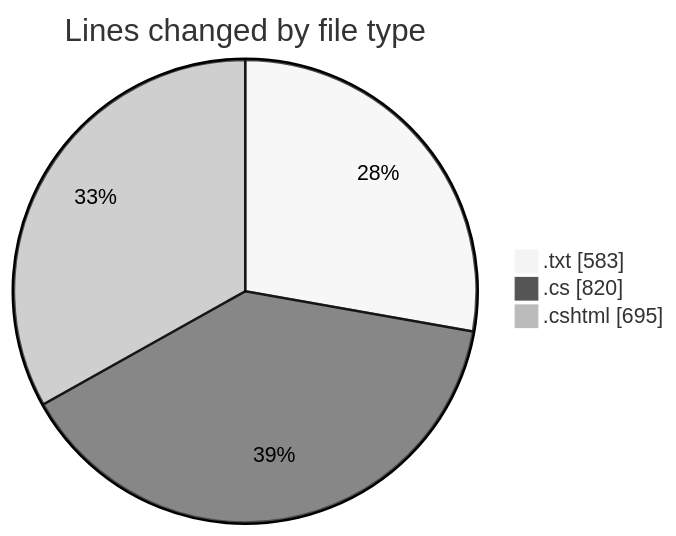
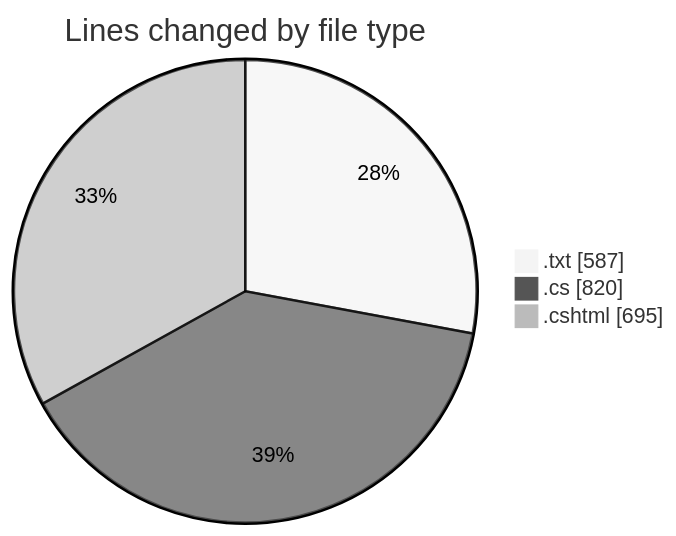
The first of 2 diagrams in 2025-07-26/quanlyrapchieuphim-1/README.md (lephambinh05/code-tracking), drawn with Mermaid (neutral theme) before and after one commit. The commit also changed other lines of this file and 1 other file, not shown here.

````diff
--- a/2025-07-26/quanlyrapchieuphim-1/README.md
+++ b/2025-07-26/quanlyrapchieuphim-1/README.md
@@ -26,7 +26,7 @@
 ```mermaid
 pie showData
 title Lines changed by file type
-".txt" : 583
+".txt" : 587
 ".cs" : 820
 ".cshtml" : 695
 ```
````
